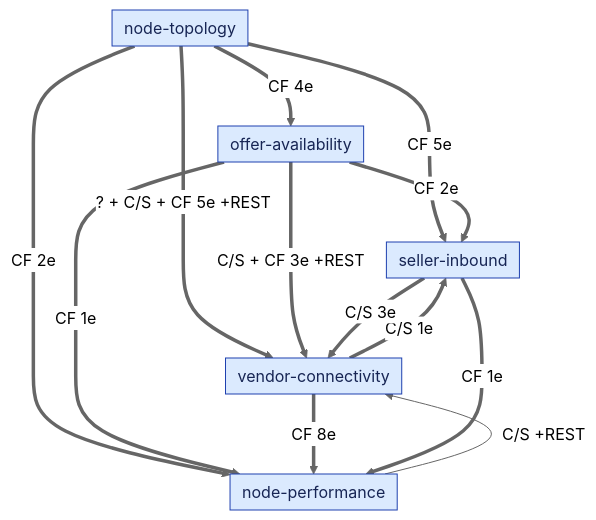
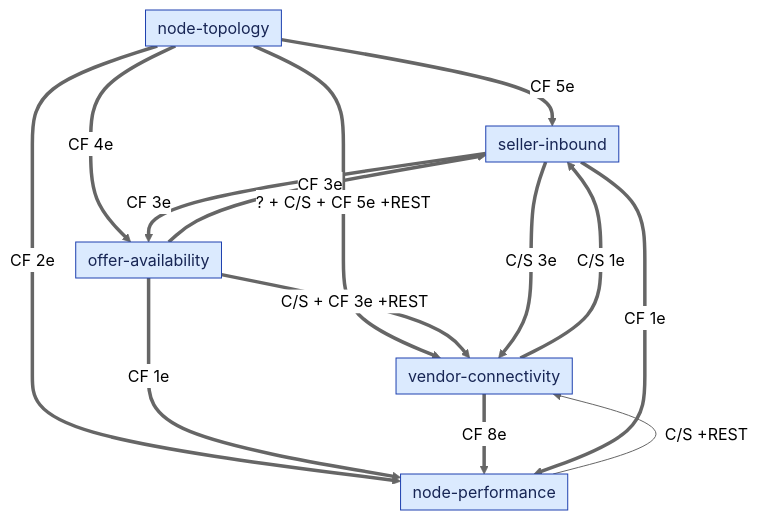
Before and after one commit to IQVO/warehouse-docs: the fourth of 5 diagrams in network/docs/strategic-design/context-map.md, drawn with Mermaid (neutral theme). The commit also changed other lines of this file and 3 other files, not shown here.

````diff
--- a/network/docs/strategic-design/context-map.md
+++ b/network/docs/strategic-design/context-map.md
@@ -121,25 +121,26 @@
 ```mermaid
 %%{init: {"flowchart": {"nodeSpacing": 22, "rankSpacing": 56, "padding": 6}}}%%
 flowchart TB
     classDef core fill:#1e3a8a,stroke:#1e3a8a,color:#fff
     classDef sup fill:#dbeafe,stroke:#1e40af,color:#172554
     classDef gen fill:#f1f5f9,stroke:#64748b,color:#0f172a
     classDef ext fill:#ffe3e3,stroke:#c92a2a,color:#000
     SI["seller-inbound"]:::sup
     VC["vendor-connectivity"]:::sup
     OA["offer-availability"]:::sup
     NT["node-topology"]:::sup
     NP["node-performance"]:::sup
     NT ==>|"CF 4e"| OA
     NT ==>|"CF 2e"| NP
     NT ==>|"? + C/S + CF 5e +REST"| VC
     NT ==>|"CF 5e"| SI
-    OA ==>|"CF 2e"| SI
+    OA ==>|"CF 3e"| SI
     OA ==>|"C/S + CF 3e +REST"| VC
     OA ==>|"CF 1e"| NP
     VC ==>|"CF 8e"| NP
     VC ==>|"C/S 1e"| SI
+    SI ==>|"CF 3e"| OA
     SI ==>|"C/S 3e"| VC
     SI ==>|"CF 1e"| NP
     NP -->|"C/S +REST"| VC
 ```
````
